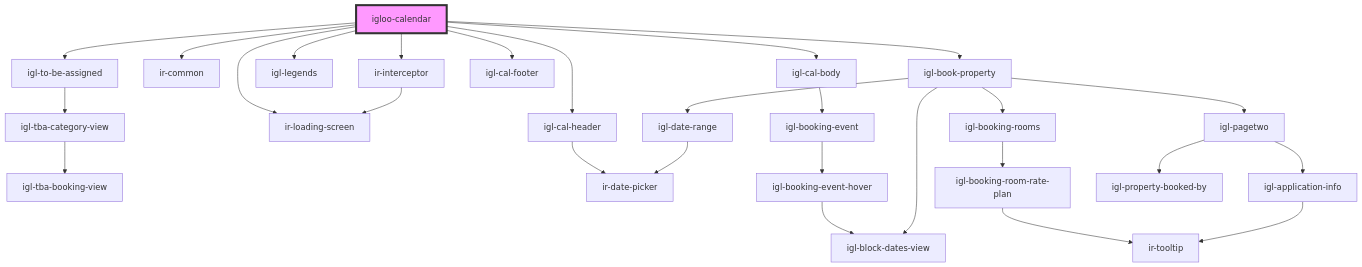
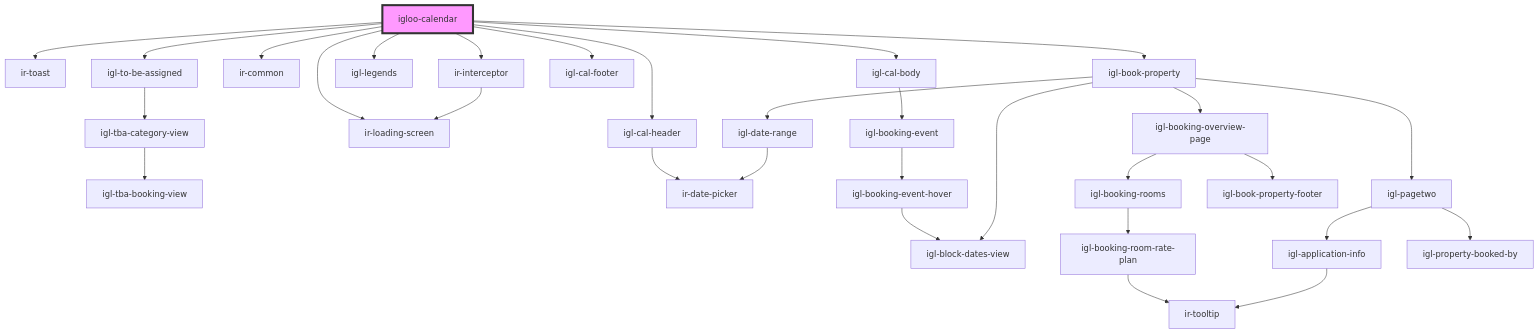
Before and after one commit to David1Chowaifaty/modified-ir-webcmp: the diagram in src/components/igloo-calendar/readme.md, drawn with Mermaid. The commit also changed other lines of this file and 6 other files, not shown here.

````diff
--- a/src/components/igloo-calendar/readme.md
+++ b/src/components/igloo-calendar/readme.md
@@ -45,30 +46,33 @@
 ```mermaid
 graph TD;
+  igloo-calendar --> ir-toast
   igloo-calendar --> ir-interceptor
   igloo-calendar --> ir-common
   igloo-calendar --> igl-to-be-assigned
   igloo-calendar --> igl-legends
   igloo-calendar --> igl-cal-header
   igloo-calendar --> igl-cal-body
   igloo-calendar --> igl-cal-footer
   igloo-calendar --> ir-loading-screen
   igloo-calendar --> igl-book-property
   ir-interceptor --> ir-loading-screen
   igl-to-be-assigned --> igl-tba-category-view
   igl-tba-category-view --> igl-tba-booking-view
   igl-cal-header --> ir-date-picker
   igl-cal-body --> igl-booking-event
   igl-booking-event --> igl-booking-event-hover
   igl-booking-event-hover --> igl-block-dates-view
+  igl-book-property --> igl-block-dates-view
   igl-book-property --> igl-date-range
-  igl-book-property --> igl-booking-rooms
-  igl-book-property --> igl-block-dates-view
+  igl-book-property --> igl-booking-overview-page
   igl-book-property --> igl-pagetwo
   igl-date-range --> ir-date-picker
+  igl-booking-overview-page --> igl-booking-rooms
+  igl-booking-overview-page --> igl-book-property-footer
   igl-booking-rooms --> igl-booking-room-rate-plan
   igl-booking-room-rate-plan --> ir-tooltip
   igl-pagetwo --> igl-application-info
   igl-pagetwo --> igl-property-booked-by
   igl-application-info --> ir-tooltip
   style igloo-calendar fill:#f9f,stroke:#333,stroke-width:4px
 ```
````
